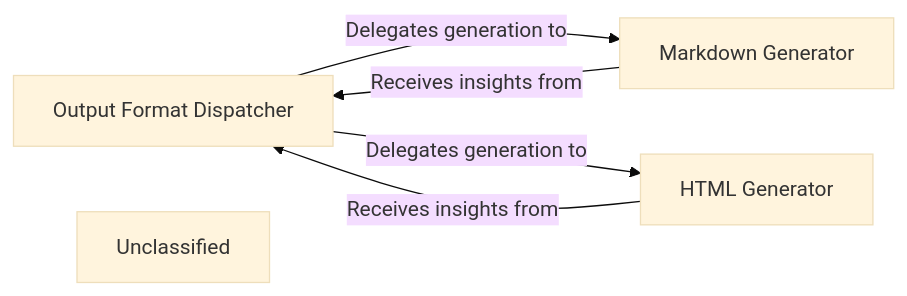
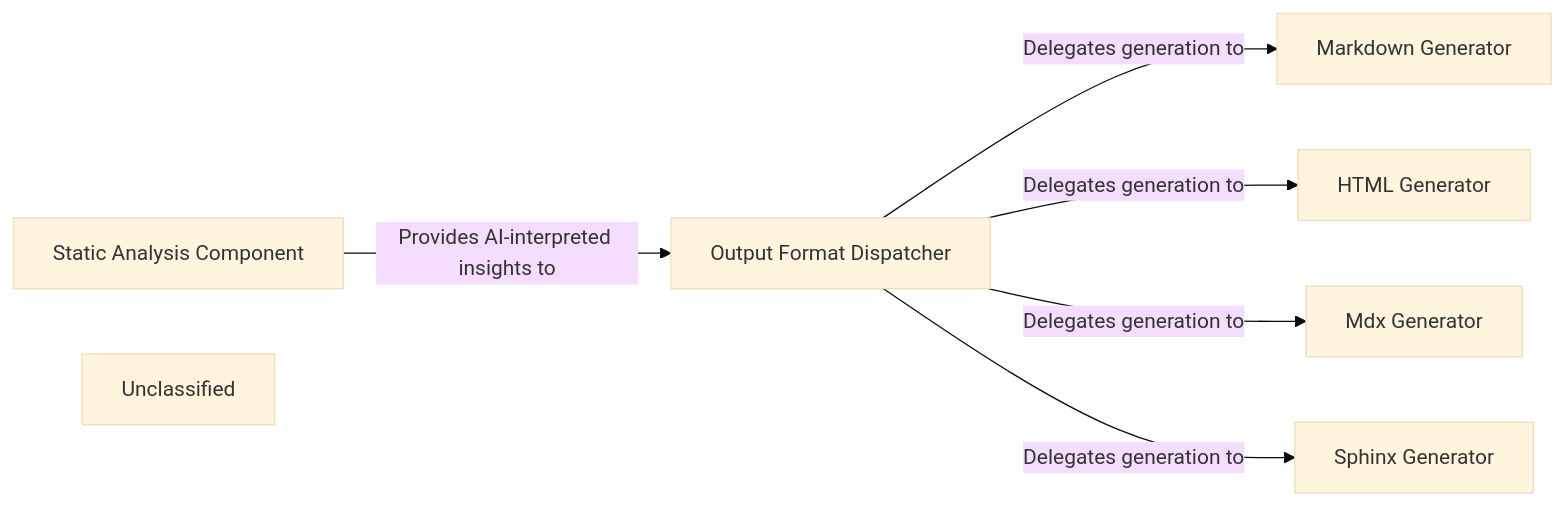
Before and after one commit to CodeBoarding/CodeBoarding: the diagram in .codeboarding/Output_Generation_Engine.md, drawn with Mermaid (base theme). The commit also changed other lines of this file and 19 other files, not shown here.

First line of the commit message:
docs: update codeboarding documentation and generate architecture

````diff
--- a/.codeboarding/Output_Generation_Engine.md
+++ b/.codeboarding/Output_Generation_Engine.md
@@ -1,11 +1,15 @@
 ```mermaid
 graph LR
+    Static_Analysis_Component["Static Analysis Component"]
     Output_Format_Dispatcher["Output Format Dispatcher"]
     Markdown_Generator["Markdown Generator"]
     HTML_Generator["HTML Generator"]
+    Mdx_Generator["Mdx Generator"]
+    Sphinx_Generator["Sphinx Generator"]
     Unclassified["Unclassified"]
+    Static_Analysis_Component -- "Provides AI-interpreted insights to" --> Output_Format_Dispatcher
     Output_Format_Dispatcher -- "Delegates generation to" --> Markdown_Generator
     Output_Format_Dispatcher -- "Delegates generation to" --> HTML_Generator
-    Markdown_Generator -- "Receives insights from" --> Output_Format_Dispatcher
-    HTML_Generator -- "Receives insights from" --> Output_Format_Dispatcher
+    Output_Format_Dispatcher -- "Delegates generation to" --> Mdx_Generator
+    Output_Format_Dispatcher -- "Delegates generation to" --> Sphinx_Generator
 ```
````
